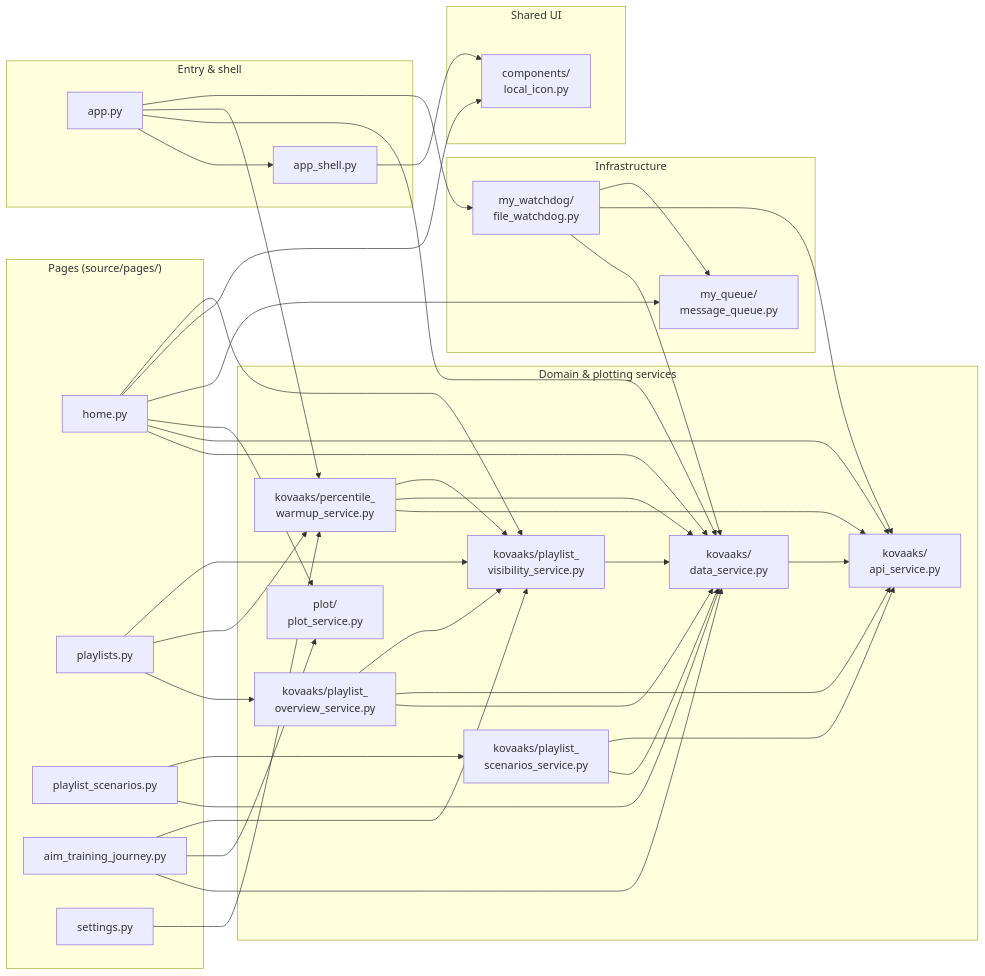
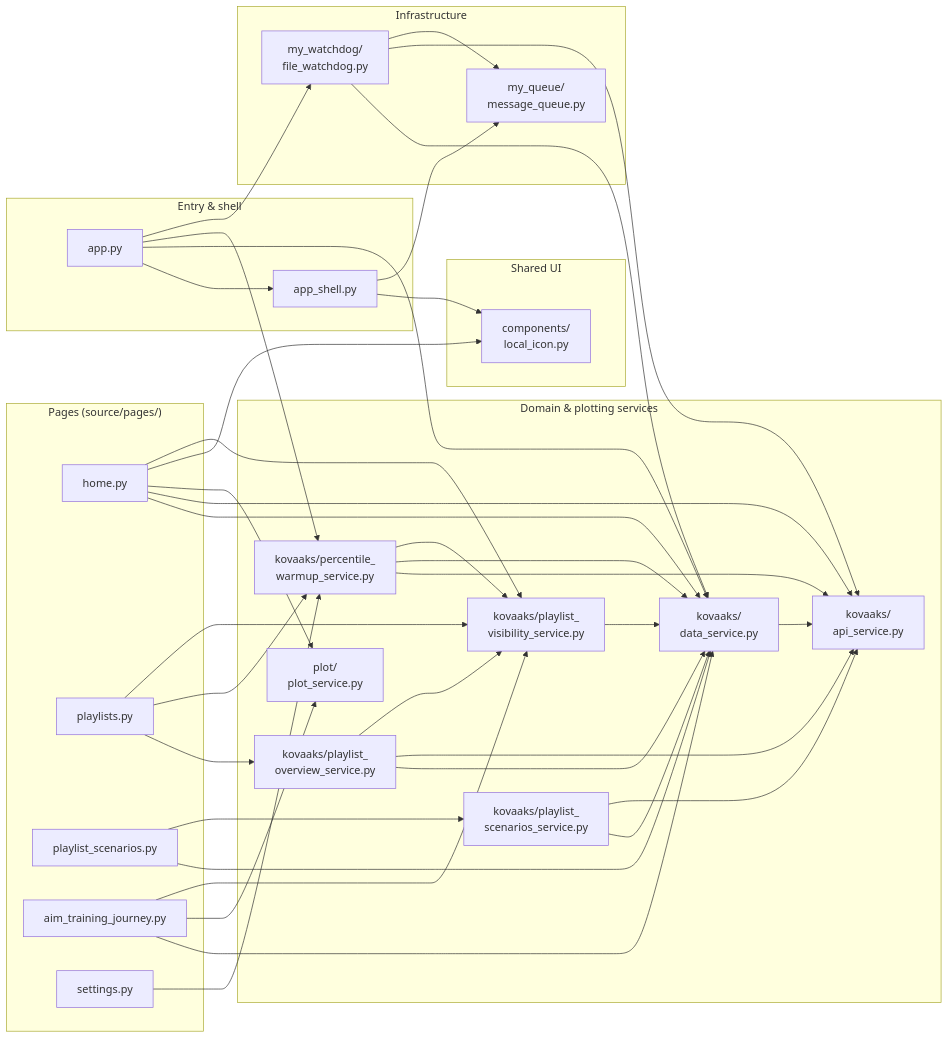
One commit to MingoDynasty/Corporate-Serf-Dashboard changed the third of 3 diagrams in docs/architecture.md. Above: the diagram before and after it, drawn with Mermaid. The commit also changed other lines of this file and 5 other files, not shown here.

````diff
--- a/docs/architecture.md
+++ b/docs/architecture.md
@@ -196,72 +207,72 @@
 ```mermaid
 flowchart LR
     subgraph Entry["Entry & shell"]
         App["app.py"]
         Shell["app_shell.py"]
     end
 
     subgraph Pages["Pages (source/pages/)"]
         Home["home.py"]
         Playlists["playlists.py"]
         PlaylistScenarios["playlist_scenarios.py"]
         Journey["aim_training_journey.py"]
         SettingsPage["settings.py"]
     end
 
     subgraph SharedUI["Shared UI"]
         LocalIcon["components/<br/>local_icon.py"]
     end
 
     subgraph Services["Domain & plotting services"]
         DataService["kovaaks/<br/>data_service.py"]
         ApiService["kovaaks/<br/>api_service.py"]
         WarmupService["kovaaks/percentile_<br/>warmup_service.py"]
         PlaylistService["kovaaks/playlist_<br/>scenarios_service.py"]
         OverviewService["kovaaks/playlist_<br/>overview_service.py"]
         Visibility["kovaaks/playlist_<br/>visibility_service.py"]
         PlotService["plot/<br/>plot_service.py"]
     end
 
     subgraph Infra["Infrastructure"]
         FileWatchdog["my_watchdog/<br/>file_watchdog.py"]
         Queue["my_queue/<br/>message_queue.py"]
     end
 
     App --> Shell
     App --> DataService
     App --> WarmupService
     App --> FileWatchdog
 
     Shell --> LocalIcon
+    Shell --> Queue
     Home --> DataService
     Home --> ApiService
     Home --> PlotService
-    Home --> Queue
     Home --> LocalIcon
     Playlists --> OverviewService
     Playlists --> WarmupService
     WarmupService --> ApiService
     WarmupService --> DataService
     WarmupService --> Visibility
     PlaylistScenarios --> DataService
     PlaylistScenarios --> PlaylistService
     Journey --> DataService
     Journey --> PlotService
     SettingsPage --> WarmupService
 
     Home --> Visibility
     Journey --> Visibility
     Playlists --> Visibility
 
     PlaylistService --> DataService
     PlaylistService --> ApiService
     OverviewService --> DataService
     OverviewService --> ApiService
     OverviewService --> Visibility
     Visibility --> DataService
     DataService --> ApiService
 
     FileWatchdog --> DataService
     FileWatchdog --> ApiService
     FileWatchdog --> Queue
 ```
````
